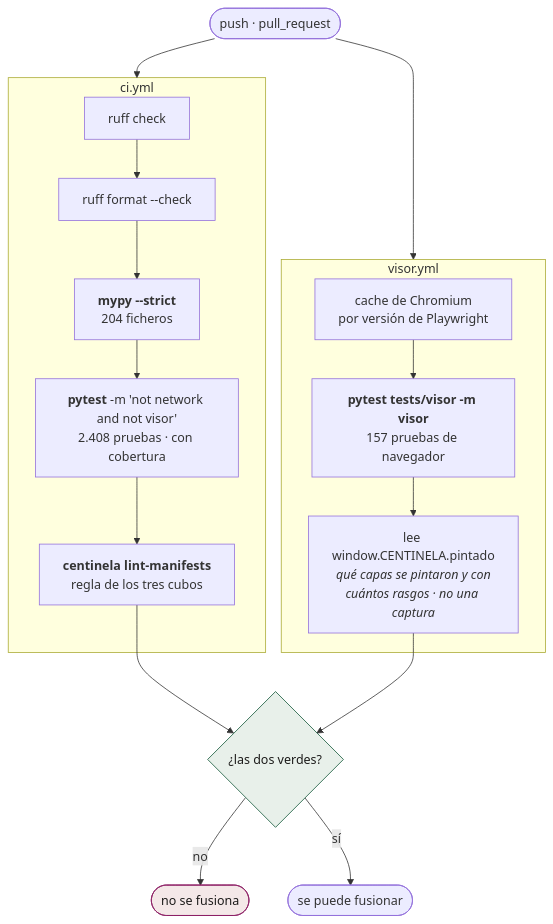
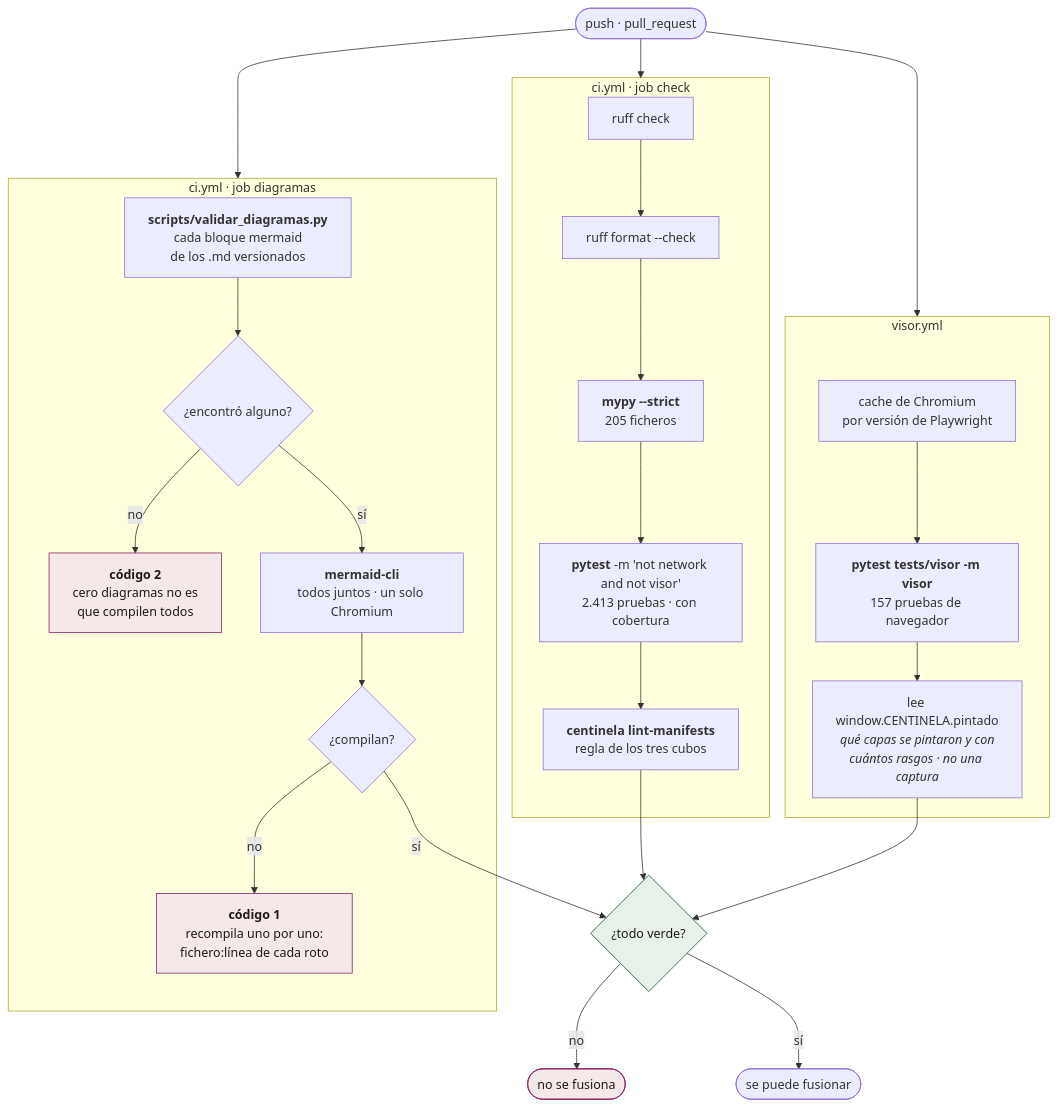
Before and after one commit to sforero77/CENTINELA: diagram 13 of 14 in docs/acciones/por-reloj.md, drawn with Mermaid. The commit also changed other lines of this file and 8 other files, not shown here.

````diff
--- a/docs/acciones/por-reloj.md
+++ b/docs/acciones/por-reloj.md
@@ -519,25 +519,37 @@
 ```mermaid
 flowchart TB
   PR(["push · pull_request"]) --> CI
+  PR --> DIAG
   PR --> VIS
 
-  subgraph CI["ci.yml"]
+  subgraph CI["ci.yml · job check"]
     C1["ruff check"] --> C2["ruff format --check"]
-    C2 --> C3["<b>mypy --strict</b><br/>204 ficheros"]
-    C3 --> C4["<b>pytest</b> -m 'not network and not visor'<br/>2.408 pruebas · con cobertura"]
+    C2 --> C3["<b>mypy --strict</b><br/>205 ficheros"]
+    C3 --> C4["<b>pytest</b> -m 'not network and not visor'<br/>2.413 pruebas · con cobertura"]
     C4 --> C5["<b>centinela lint-manifests</b><br/>regla de los tres cubos"]
+  end
+
+  subgraph DIAG["ci.yml · job diagramas"]
+    D1["<b>scripts/validar_diagramas.py</b><br/>cada bloque mermaid<br/>de los .md versionados"] --> D2{"¿encontró alguno?"}
+    D2 -->|no| D0["<b>código 2</b><br/>cero diagramas no es<br/>que compilen todos"]
+    D2 -->|sí| D3["<b>mermaid-cli</b><br/>todos juntos · un solo Chromium"]
+    D3 --> D4{"¿compilan?"}
+    D4 -->|no| D5["<b>código 1</b><br/>recompila uno por uno:<br/>fichero:línea de cada roto"]
   end
 
   subgraph VIS["visor.yml"]
     W1["cache de Chromium<br/>por versión de Playwright"] --> W2["<b>pytest tests/visor -m visor</b><br/>157 pruebas de navegador"]
     W2 --> W3["lee window.CENTINELA.pintado<br/><i>qué capas se pintaron y con<br/>cuántos rasgos · no una captura</i>"]
   end
 
-  C5 --> M{"¿las dos verdes?"}
+  C5 --> M{"¿todo verde?"}
+  D4 -->|sí| M
   W3 --> M
   M -->|no| NO(["no se fusiona"])
   M -->|sí| SI(["se puede fusionar"])
 
   style M fill:#e8f0ea,stroke:#0f5636,color:#1c1b1a
   style NO fill:#f4e8e8,stroke:#8c1d64,color:#1c1b1a
+  style D0 fill:#f4e8e8,stroke:#8c1d64,color:#1c1b1a
+  style D5 fill:#f4e8e8,stroke:#8c1d64,color:#1c1b1a
 ```
````
